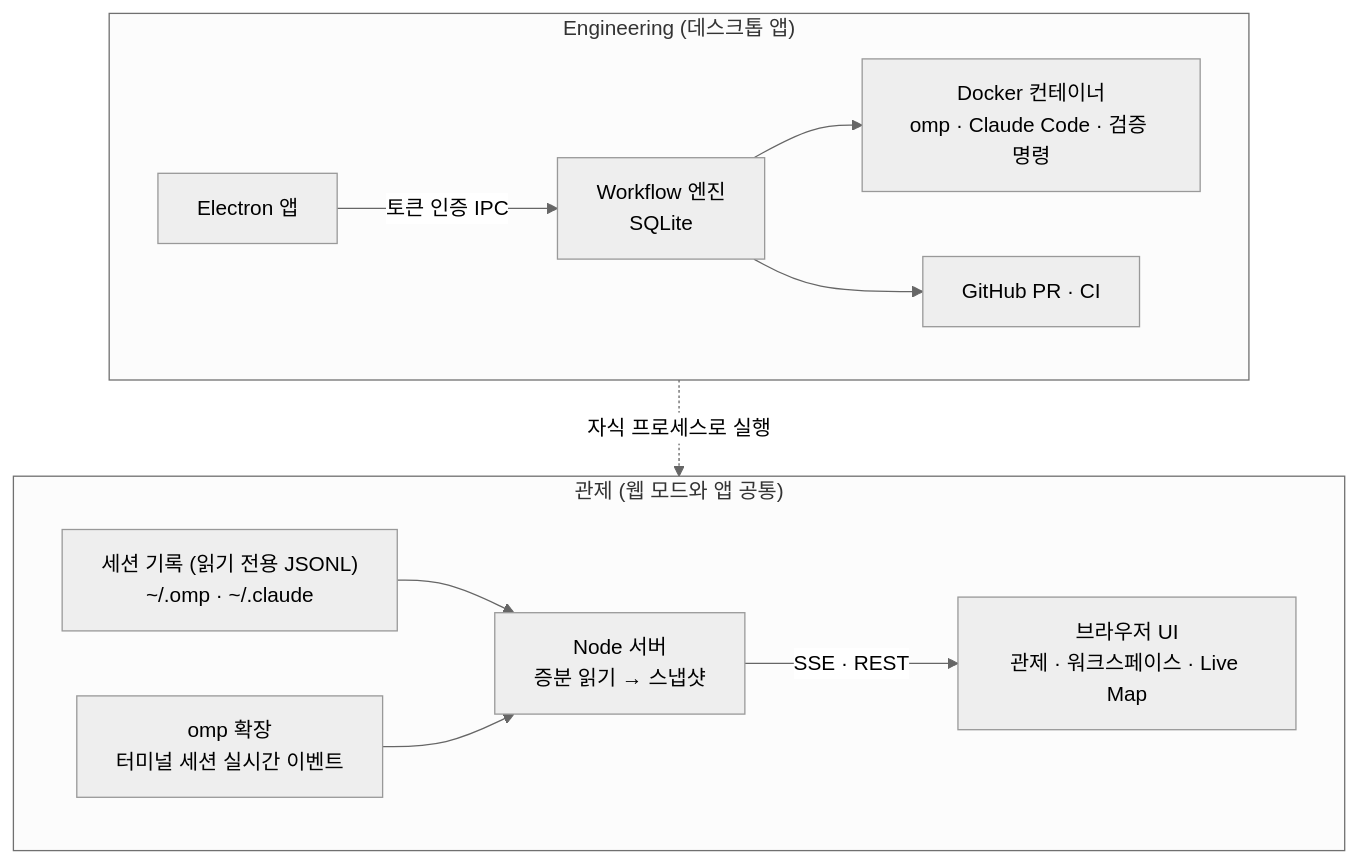
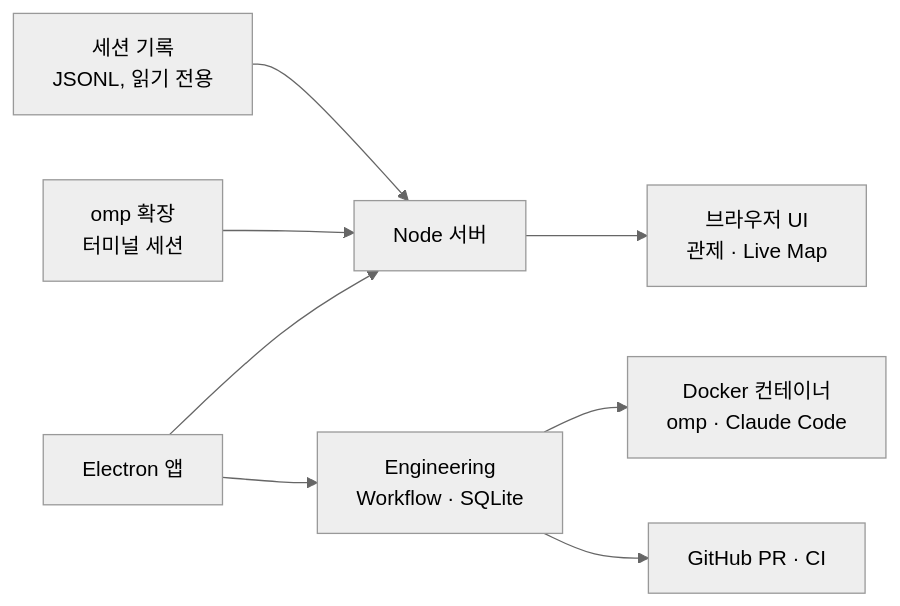
The diagram in README.md (thdrmsqhd/omp-live-map), drawn with Mermaid (neutral theme) before and after one commit.

Commit message:
docs: README 구조 다이어그램 단순화

````diff
--- a/README.md
+++ b/README.md
@@ -112,16 +112,10 @@
 ```mermaid
-flowchart TB
-  subgraph observe["관제 (웹 모드와 앱 공통)"]
-    direction LR
-    R["세션 기록 (읽기 전용 JSONL)<br/>~/.omp · ~/.claude"] --> S["Node 서버<br/>증분 읽기 → 스냅샷"]
-    X["omp 확장<br/>터미널 세션 실시간 이벤트"] --> S
-    S -- "SSE · REST" --> U["브라우저 UI<br/>관제 · 워크스페이스 · Live Map"]
-  end
-  subgraph engineering["Engineering (데스크톱 앱)"]
-    direction LR
-    D["Electron 앱"] -- "토큰 인증 IPC" --> E["Workflow 엔진<br/>SQLite"]
-    E --> C["Docker 컨테이너<br/>omp · Claude Code · 검증 명령"]
-    E --> G["GitHub PR · CI"]
-  end
-  D -. "자식 프로세스로 실행" .-> S
+flowchart LR
+  R["세션 기록<br/>JSONL, 읽기 전용"] --> S["Node 서버"]
+  X["omp 확장<br/>터미널 세션"] --> S
+  D["Electron 앱"] --> S
+  S --> U["브라우저 UI<br/>관제 · Live Map"]
+  D --> E["Engineering<br/>Workflow · SQLite"]
+  E --> C["Docker 컨테이너<br/>omp · Claude Code"]
+  E --> G["GitHub PR · CI"]
 ```
````
